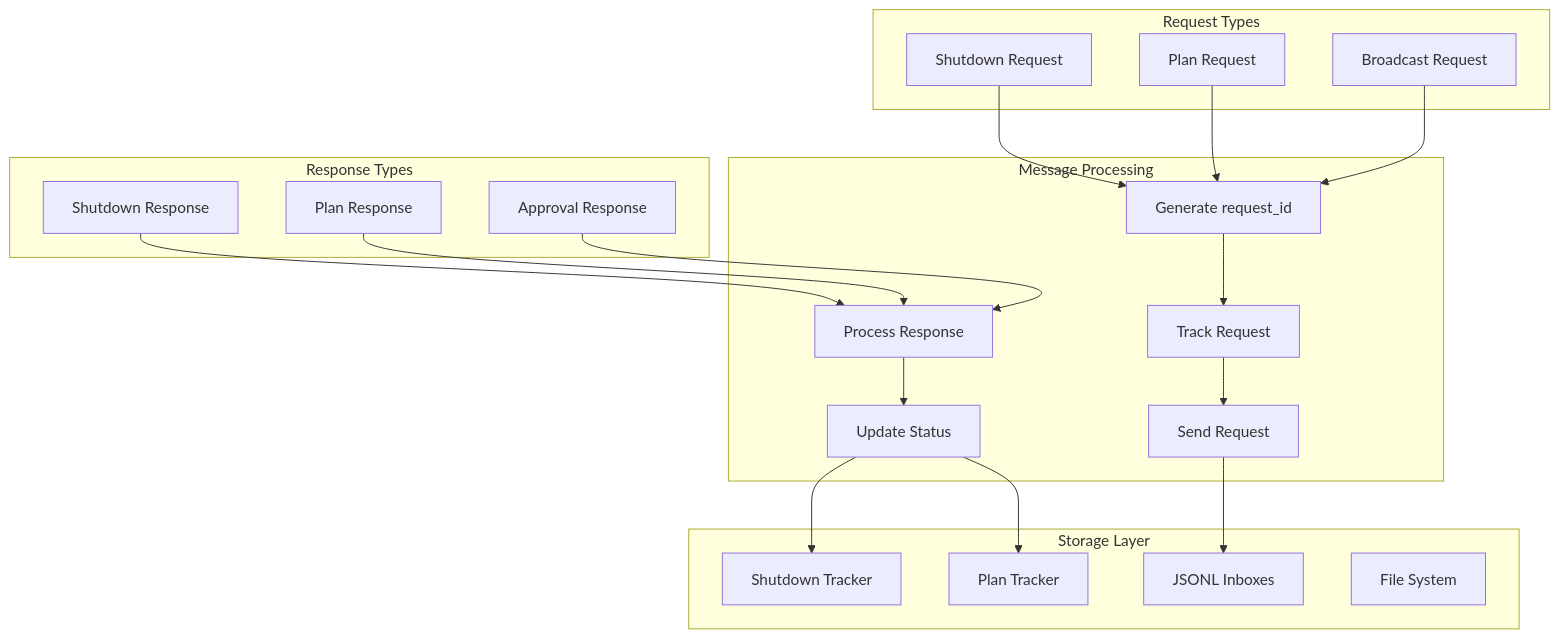
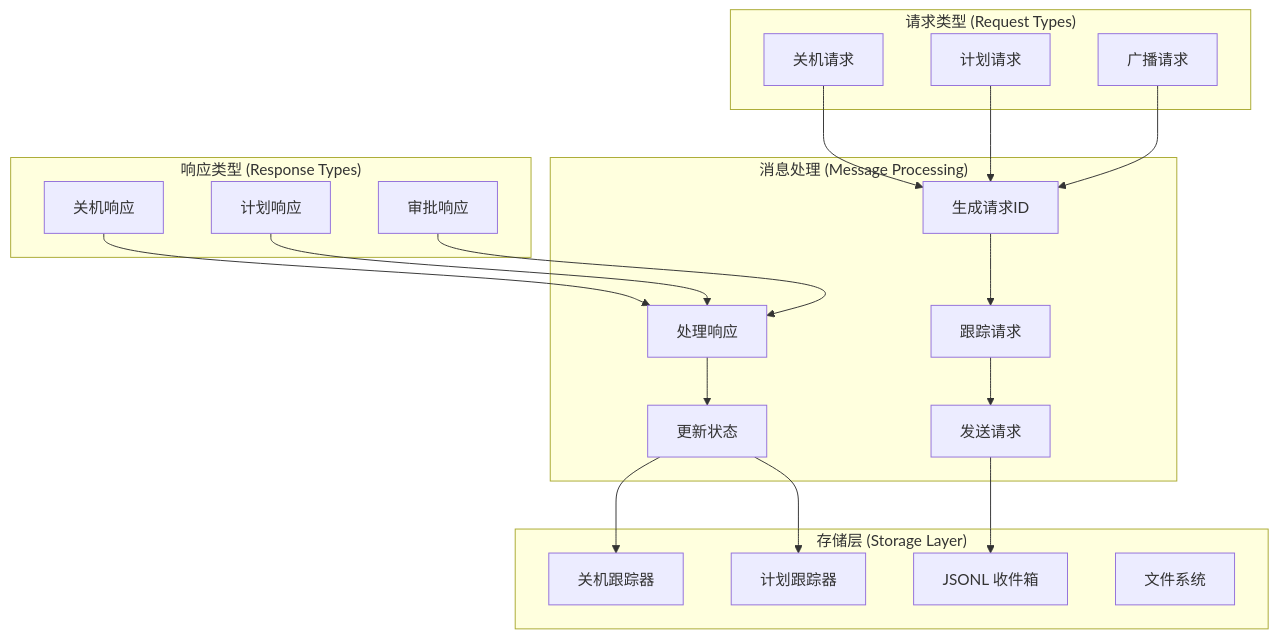
One commit to duzhenxun/ai-agent-study changed the seventh of 9 diagrams in s10/s10-team-protocols.md. Above: the diagram before and after it, drawn with Mermaid. The commit also changed other lines of this file and 2 other files, not shown here.

````diff
--- a/s10/s10-team-protocols.md
+++ b/s10/s10-team-protocols.md
@@ -342,45 +342,45 @@
 ```mermaid
 graph TB
-    subgraph "Request Types"
-        ShutdownReq[Shutdown Request]
-        PlanReq[Plan Request]
-        BroadcastReq[Broadcast Request]
+    subgraph "请求类型 (Request Types)"
+        ShutdownReq[关机请求]
+        PlanReq[计划请求]
+        BroadcastReq[广播请求]
     end
 
-    subgraph "Response Types"
-        ShutdownResp[Shutdown Response]
-        PlanResp[Plan Response]
-        ApprovalResp[Approval Response]
+    subgraph "响应类型 (Response Types)"
+        ShutdownResp[关机响应]
+        PlanResp[计划响应]
+        ApprovalResp[审批响应]
     end
 
-    subgraph "Message Processing"
-        GenerateID[Generate request_id]
-        TrackRequest[Track Request]
-        SendRequest[Send Request]
-        ProcessResponse[Process Response]
-        UpdateStatus[Update Status]
+    subgraph "消息处理 (Message Processing)"
+        GenerateID[生成请求ID]
+        TrackRequest[跟踪请求]
+        SendRequest[发送请求]
+        ProcessResponse[处理响应]
+        UpdateStatus[更新状态]
     end
 
-    subgraph "Storage Layer"
-        ShutdownTracker[Shutdown Tracker]
-        PlanTracker[Plan Tracker]
-        Inboxes[JSONL Inboxes]
-        FileSystem[File System]
+    subgraph "存储层 (Storage Layer)"
+        ShutdownTracker[关机跟踪器]
+        PlanTracker[计划跟踪器]
+        Inboxes[JSONL 收件箱]
+        FileSystem[文件系统]
     end
 
     ShutdownReq --> GenerateID
     PlanReq --> GenerateID
     BroadcastReq --> GenerateID
 
     GenerateID --> TrackRequest
     TrackRequest --> SendRequest
     SendRequest --> Inboxes
 
     ShutdownResp --> ProcessResponse
     PlanResp --> ProcessResponse
     ApprovalResp --> ProcessResponse
 
     ProcessResponse --> UpdateStatus
     UpdateStatus --> ShutdownTracker
     UpdateStatus --> PlanTracker
 ```
````
